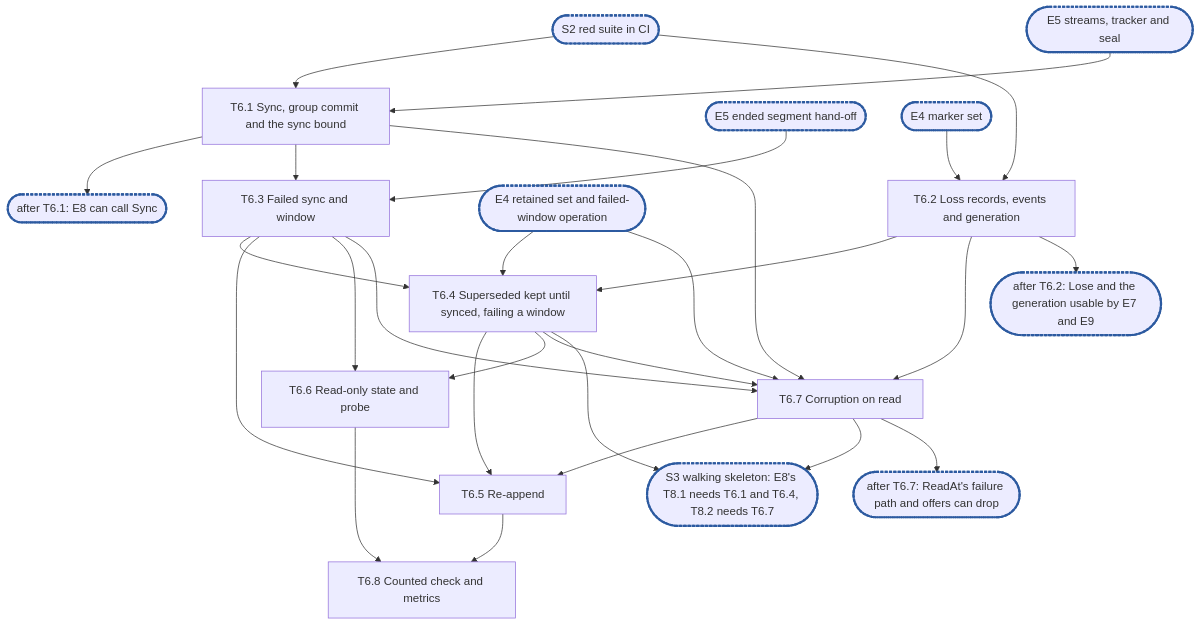
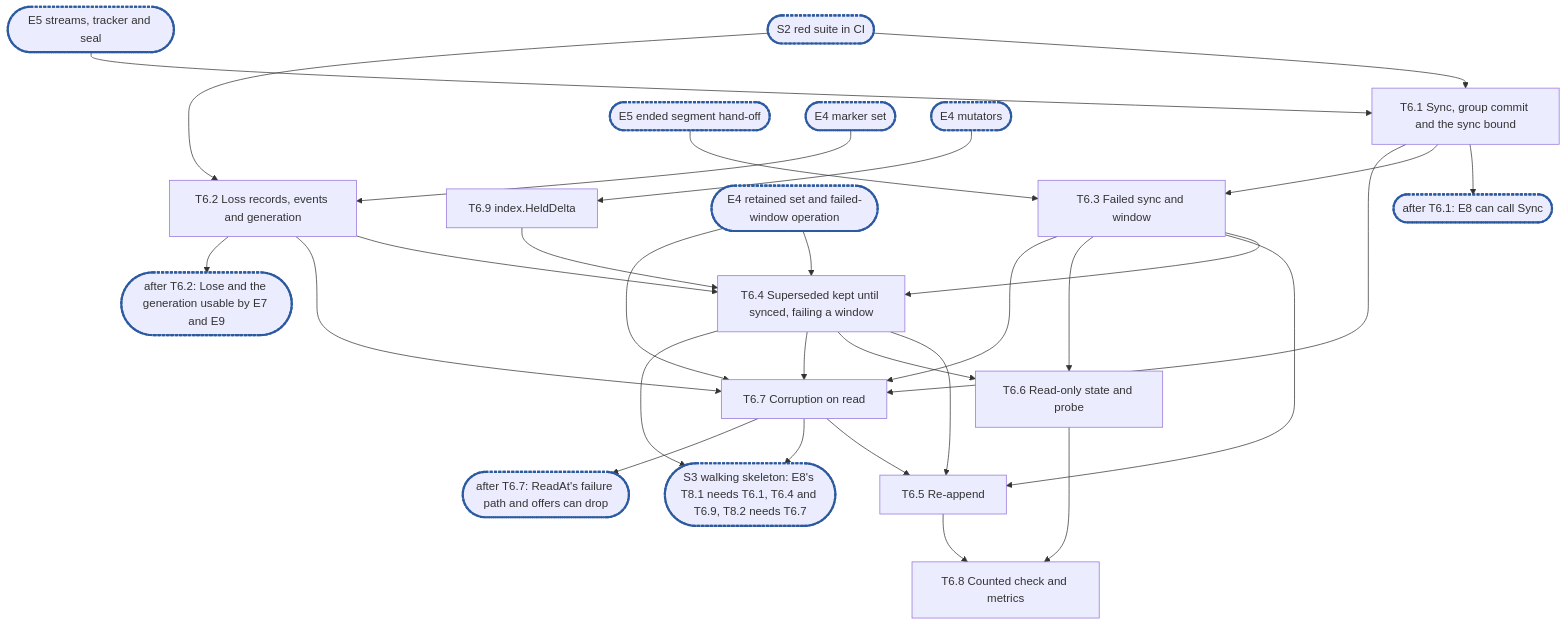
Before and after one commit to marmos91/dittofs: the diagram in docs/internals/planning/rfc-1-journal-epic6.md, drawn with Mermaid. The commit also changed other lines of this file and 3 other files, not shown here.

Commit message:
docs(planning): add T6.9 for HeldDelta, count Take's spares as Reserve does, split the copy read's errors

````diff
--- a/docs/internals/planning/rfc-1-journal-epic6.md
+++ b/docs/internals/planning/rfc-1-journal-epic6.md
@@ -1283,30 +1315,32 @@
 ```mermaid
 flowchart TD
   S2(["S2 red suite in CI"]):::sync --> T1["T6.1 Sync, group commit and the sync bound"]
   S2 --> T2["T6.2 Loss records, events and generation"]
   E5s(["E5 streams, tracker and seal"]):::sync --> T1
   E5e(["E5 ended segment hand-off"]):::sync --> T3
   E4r(["E4 retained set and failed-window operation"]):::sync --> T4
   E4r --> T7
   E4m(["E4 marker set"]):::sync --> T2
+  E4d(["E4 mutators"]):::sync --> T9["T6.9 index.HeldDelta"]
+  T9 --> T4
   T1 --> C1(["after T6.1: E8 can call Sync"]):::sync
   T1 --> T3["T6.3 Failed sync and window"]
   T2 --> T4["T6.4 Superseded kept until synced, failing a window"]
   T3 --> T4
   T3 --> T5["T6.5 Re-append"]
   T4 --> T5
   T3 --> T6["T6.6 Read-only state and probe"]
   T4 --> T6
   T1 --> T7["T6.7 Corruption on read"]
   T2 --> T7
   T3 --> T7
   T4 --> T7
   T7 --> T5
   T2 --> C2(["after T6.2: Lose and the generation usable by E7 and E9"]):::sync
-  T4 --> S3(["S3 walking skeleton: E8's T8.1 needs T6.1 and T6.4, T8.2 needs T6.7"]):::sync
+  T4 --> S3(["S3 walking skeleton: E8's T8.1 needs T6.1, T6.4 and T6.9, T8.2 needs T6.7"]):::sync
   T7 --> S3
   T7 --> C3(["after T6.7: ReadAt's failure path and offers can drop"]):::sync
   T6 --> T8["T6.8 Counted check and metrics"]
   T5 --> T8
   classDef sync stroke:#2c5aa0,stroke-width:3px,stroke-dasharray:4 2
 ```
````
